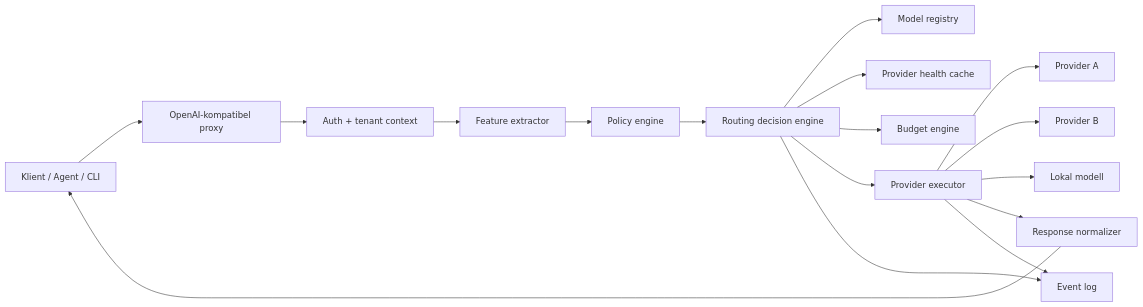
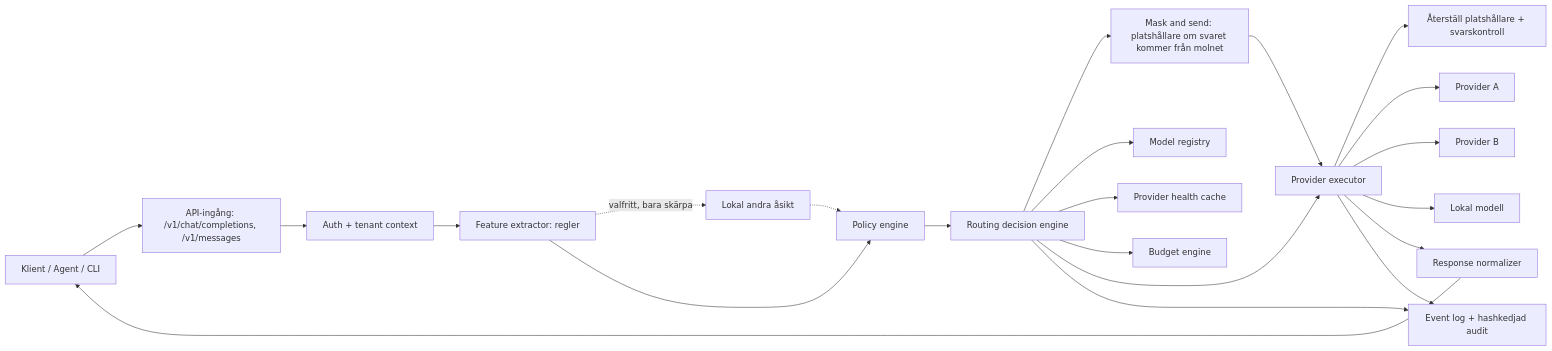
Before and after one commit to magnusfroste/sluss-eu: the diagram in docs/01-architecture/01-system-overview.md, drawn with Mermaid. The commit also changed other lines of this file and 25 other files, not shown here.

````diff
--- a/docs/01-architecture/01-system-overview.md
+++ b/docs/01-architecture/01-system-overview.md
@@ -7,19 +9,24 @@
 ```mermaid
 flowchart LR
-    Client[Klient / Agent / CLI] --> Proxy[OpenAI-kompatibel proxy]
-    Proxy --> Auth[Auth + tenant context]
-    Auth --> Extractor[Feature extractor]
+    Client[Klient / Agent / CLI] --> Ingress[API-ingång: /v1/chat/completions, /v1/messages]
+    Ingress --> Auth[Auth + tenant context]
+    Auth --> Extractor[Feature extractor: regler]
+    Extractor -.valfritt, bara skärpa.-> Second[Lokal andra åsikt]
+    Second -.-> Policy
     Extractor --> Policy[Policy engine]
     Policy --> Router[Routing decision engine]
+    Router --> Mask[Mask and send: platshållare om svaret kommer från molnet]
+    Mask --> Executor
     Router --> Registry[Model registry]
     Router --> Health[Provider health cache]
     Router --> Budget[Budget engine]
     Router --> Executor[Provider executor]
+    Executor --> Restore[Återställ platshållare + svarskontroll]
     Executor --> ProviderA[Provider A]
     Executor --> ProviderB[Provider B]
     Executor --> ProviderC[Lokal modell]
     Executor --> Response[Response normalizer]
     Response --> Client
-    Router --> EventLog[Event log]
+    Router --> EventLog[Event log + hashkedjad audit]
     Executor --> EventLog
 ```
````
